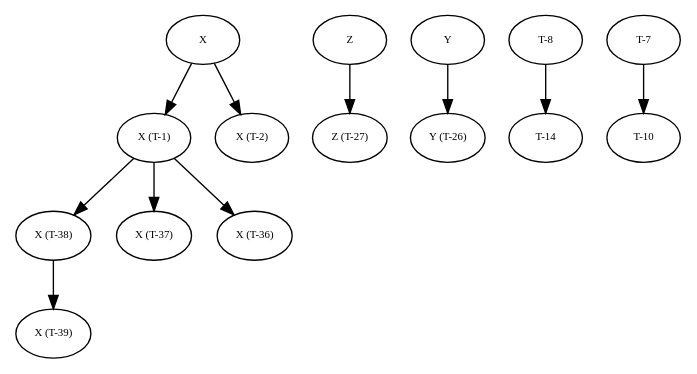
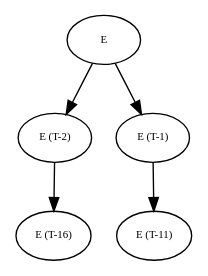
Before and after one commit to amso100/livescript-declarations: the diagram in graphs/debug_tree0.dot, drawn with Graphviz. The commit also changed 4 other files, not shown here.

```diff
--- a/graphs/debug_tree0.dot
+++ b/graphs/debug_tree0.dot
@@ -1,116 +1,42 @@
 digraph RGL__DirectedAdjacencyGraph {
-    "X (T-38)" [
+    "E (T-2)" [
         fontsize = 8,
-        label = "X (T-38)"
+        label = "E (T-2)"
     ]
 
-    "X (T-39)" [
+    "E (T-16)" [
         fontsize = 8,
-        label = "X (T-39)"
+        label = "E (T-16)"
     ]
 
-    "X (T-1)" [
+    "E (T-1)" [
         fontsize = 8,
-        label = "X (T-1)"
+        label = "E (T-1)"
     ]
 
-    "X (T-37)" [
+    "E (T-11)" [
         fontsize = 8,
-        label = "X (T-37)"
+        label = "E (T-11)"
     ]
 
-    "X (T-36)" [
+    E [
         fontsize = 8,
-        label = "X (T-36)"
+        label = E
     ]
 
-    Z [
-        fontsize = 8,
-        label = Z
-    ]
-
-    "Z (T-27)" [
-        fontsize = 8,
-        label = "Z (T-27)"
-    ]
-
-    Y [
-        fontsize = 8,
-        label = Y
-    ]
-
-    "Y (T-26)" [
-        fontsize = 8,
-        label = "Y (T-26)"
-    ]
-
-    "T-8" [
-        fontsize = 8,
-        label = "T-8"
-    ]
-
-    "T-14" [
-        fontsize = 8,
-        label = "T-14"
-    ]
-
-    "T-7" [
-        fontsize = 8,
-        label = "T-7"
-    ]
-
-    "T-10" [
-        fontsize = 8,
-        label = "T-10"
-    ]
-
-    X [
-        fontsize = 8,
-        label = X
-    ]
-
-    "X (T-2)" [
-        fontsize = 8,
-        label = "X (T-2)"
-    ]
-
-    "X (T-38)" -> "X (T-39)" [
+    "E (T-2)" -> "E (T-16)" [
         fontsize = 8
     ]
 
-    "X (T-1)" -> "X (T-38)" [
+    "E (T-1)" -> "E (T-11)" [
         fontsize = 8
     ]
 
-    "X (T-1)" -> "X (T-37)" [
+    E -> "E (T-2)" [
         fontsize = 8
     ]
 
-    "X (T-1)" -> "X (T-36)" [
-        fontsize = 8
-    ]
-
-    Z -> "Z (T-27)" [
-        fontsize = 8
-    ]
-
-    Y -> "Y (T-26)" [
-        fontsize = 8
-    ]
-
-    "T-8" -> "T-14" [
-        fontsize = 8
-    ]
-
-    "T-7" -> "T-10" [
-        fontsize = 8
-    ]
-
-    X -> "X (T-2)" [
-        fontsize = 8
-    ]
-
-    X -> "X (T-1)" [
+    E -> "E (T-1)" [
         fontsize = 8
     ]
 }
```
